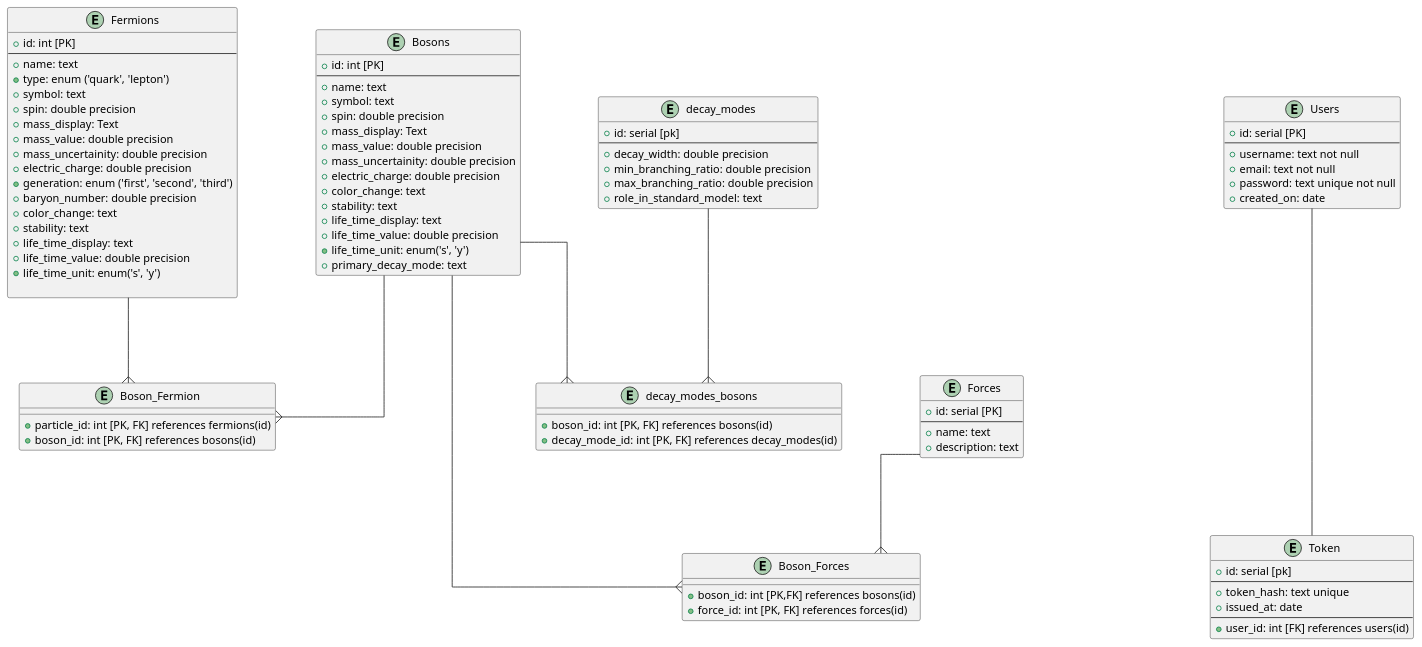
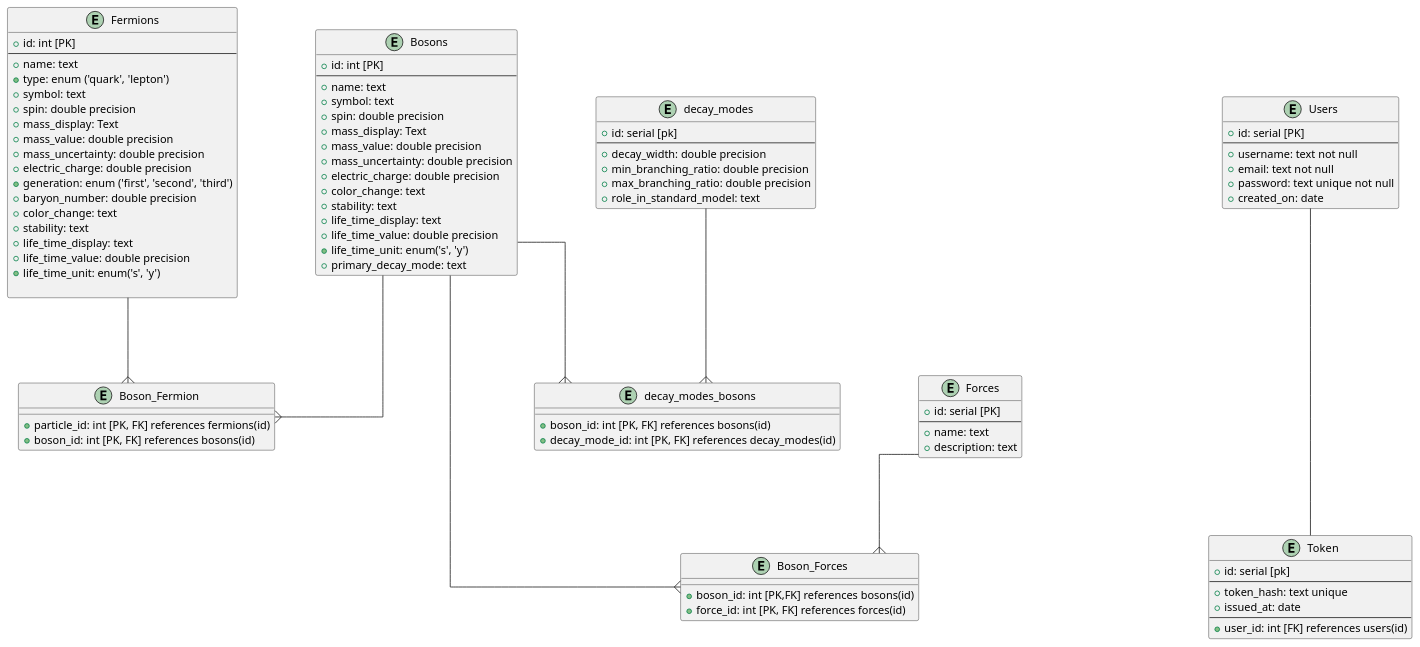
Before and after one commit to therakius/particles-api: the diagram in particles-erd.puml, drawn with PlantUML.

Commit message:
fix: typo in uncertainty

```diff
--- a/particles-erd.puml
+++ b/particles-erd.puml
@@ -1,113 +1,113 @@
 @startuml particles_database
 skinparam {
     Nodesep 100
     Ranksep 100
     Linetype ortho
 }
 
 skinparam entity {
     BackgroundColor LightBlue
     FontSize 14
     ArrowThickness 1
 }
 
 entity "Fermions" as fermions {
     +id: int [PK]
     --
     +name: text
     +type: enum ('quark', 'lepton')
     +symbol: text
     +spin: double precision
     +mass_display: Text
     +mass_value: double precision
-    +mass_uncertainity: double precision
+    +mass_uncertainty: double precision
     +electric_charge: double precision
     +generation: enum ('first', 'second', 'third')
     +baryon_number: double precision
     +color_change: text
     +stability: text
     +life_time_display: text
     +life_time_value: double precision
     +life_time_unit: enum('s', 'y')
 
 }
 
 entity "Bosons" as bosons {
     +id: int [PK]
     --
     +name: text
     +symbol: text
     +spin: double precision
     +mass_display: Text
     +mass_value: double precision
-    +mass_uncertainity: double precision
+    +mass_uncertainty: double precision
     +electric_charge: double precision
     +color_change: text
     +stability: text
     +life_time_display: text
     +life_time_value: double precision
     +life_time_unit: enum('s', 'y')
     +primary_decay_mode: text
 }
 
 entity "Forces" as forces {
     +id: serial [PK]
     --
     +name: text
     +description: text
 }
 
 entity decay_modes {
     +id: serial [pk]
     --
     +decay_width: double precision
     +min_branching_ratio: double precision
     +max_branching_ratio: double precision
     +role_in_standard_model: text 
 }
 
 entity decay_modes_bosons {
     +boson_id: int [PK, FK] references bosons(id)
     +decay_mode_id: int [PK, FK] references decay_modes(id)
 }
 
 
 entity "Boson_Forces" as boson_forces {
     +boson_id: int [PK,FK] references bosons(id)
     +force_id: int [PK, FK] references forces(id)
 }
 
 entity "Boson_Fermion" as boson_fermion_interaction{
     +particle_id: int [PK, FK] references fermions(id)
     +boson_id: int [PK, FK] references bosons(id)
 }
 
 entity "Users" as users {
     +id: serial [PK]
     --
     +username: text not null
     +email: text not null
     +password: text unique not null
     +created_on: date
 }
 
 entity "Token" as tokens {
     +id: serial [pk]
     --
     +token_hash: text unique
     +issued_at: date
     --
     +user_id: int [FK] references users(id)
 }
 
 'relationships'
 
 fermions --{ boson_fermion_interaction
 bosons --{ boson_fermion_interaction
 bosons ---{ boson_forces
 forces --{ boson_forces
 users --- tokens
 decay_modes --{ decay_modes_bosons
 bosons --{ decay_modes_bosons
 
 @enduml
```
